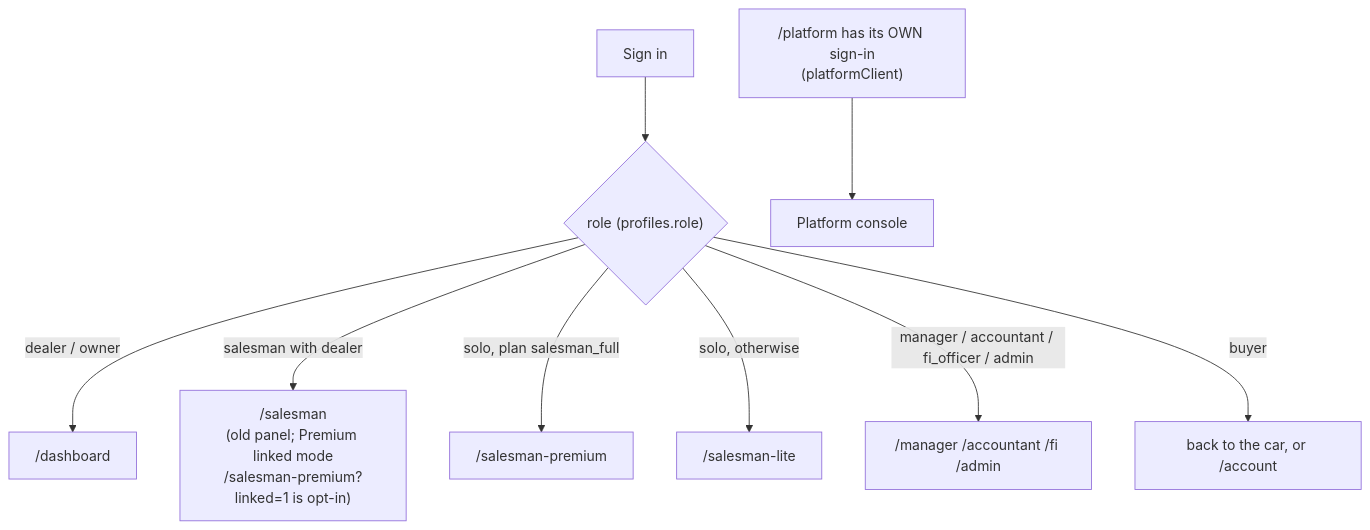
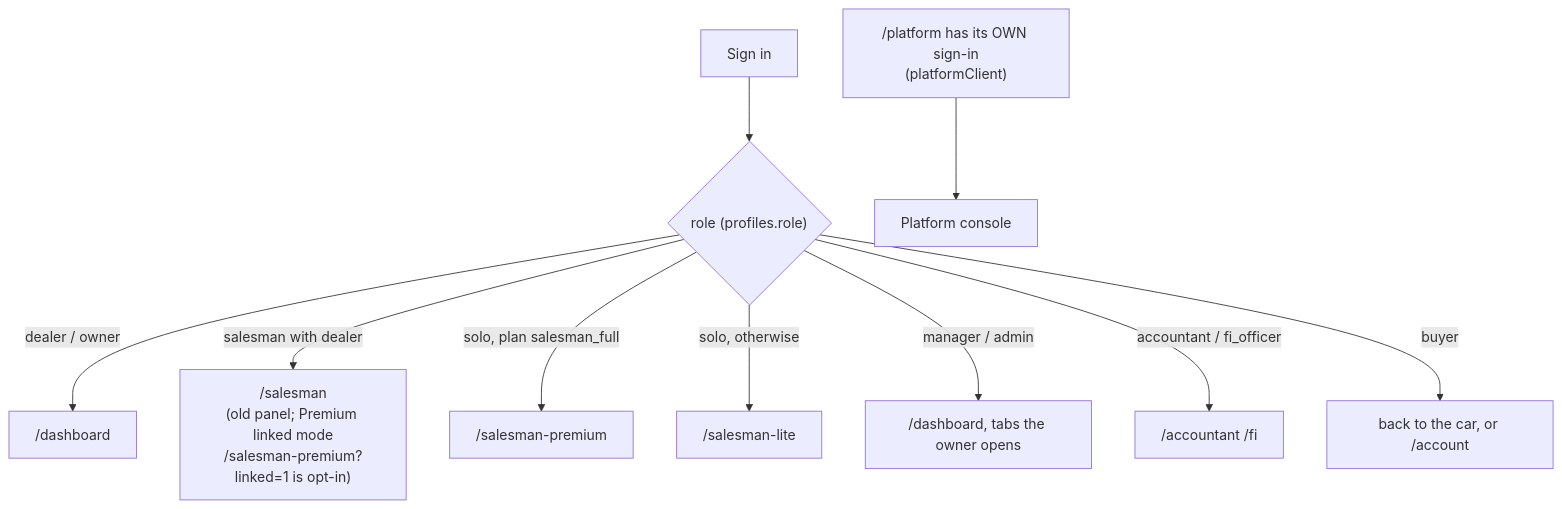
Before and after one commit to auzyvyth/ShiftOS: the fifth of 7 diagrams in docs/ARCHITECTURE.md, drawn with Mermaid. The commit also changed other lines of this file and 53 other files, not shown here.

````diff
--- a/docs/ARCHITECTURE.md
+++ b/docs/ARCHITECTURE.md
@@ -199,11 +199,12 @@
 ```mermaid
 flowchart TD
   S[Sign in] --> RR{"role (profiles.role)"}
   RR -->|dealer / owner| D["/dashboard"]
   RR -->|salesman with dealer| SM["/salesman<br/>(old panel; Premium linked mode<br/>/salesman-premium?linked=1 is opt-in)"]
   RR -->|solo, plan salesman_full| SP["/salesman-premium"]
   RR -->|solo, otherwise| SLt["/salesman-lite"]
-  RR -->|manager / accountant / fi_officer / admin| O["/manager /accountant /fi /admin"]
+  RR -->|manager / admin| D2["/dashboard, tabs the owner opens"]
+  RR -->|accountant / fi_officer| O["/accountant /fi"]
   RR -->|buyer| BA[back to the car, or /account]
   PA["/platform has its OWN sign-in<br/>(platformClient)"] --> PC[Platform console]
 ```
````
